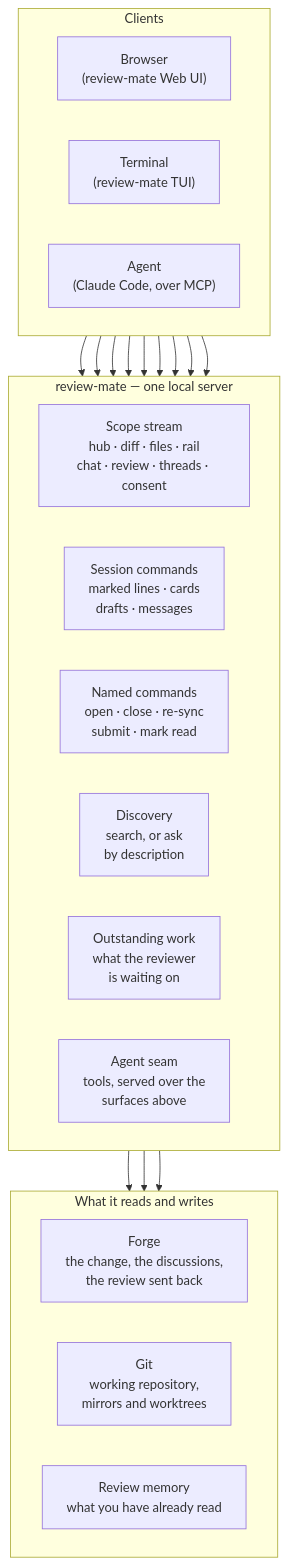
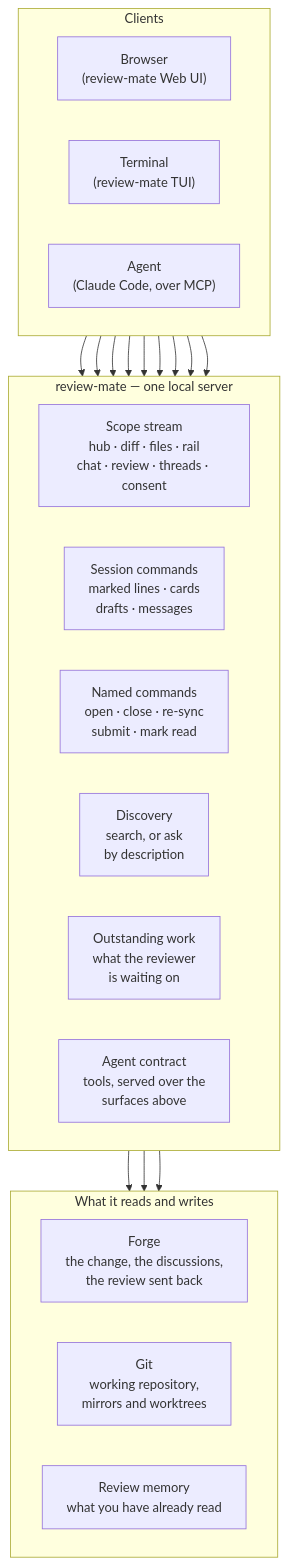
One commit to Joacchim/review-mate-prototype changed the first of 3 diagrams in docs/architecture.md. Above: the diagram before and after it, drawn with Mermaid. The commit also changed other lines of this file and 52 other files, not shown here.

First line of the commit message:
refactor(architecture): call the boundaries contracts

````diff
--- a/docs/architecture.md
+++ b/docs/architecture.md
@@ -12,40 +12,40 @@
 ```mermaid
 flowchart TB
     subgraph clients["Clients"]
         direction LR
         W["Browser<br/>(review-mate Web UI)"]
         T["Terminal<br/>(review-mate TUI)"]
         A["Agent<br/>(Claude Code, over MCP)"]
     end
 
     subgraph server["review-mate — one local server"]
         direction LR
         SCOPE["Scope stream<br/>hub · diff · files · rail<br/>chat · review · threads · consent"]
         SESS["Session commands<br/>marked lines · cards<br/>drafts · messages"]
         NAMED["Named commands<br/>open · close · re-sync<br/>submit · mark read"]
         FIND["Discovery<br/>search, or ask<br/>by description"]
         ASKS["Outstanding work<br/>what the reviewer<br/>is waiting on"]
-        SEAM["Agent seam<br/>tools, served over the<br/>surfaces above"]
+        AGENT["Agent contract<br/>tools, served over the<br/>surfaces above"]
     end
 
     subgraph out["What it reads and writes"]
         direction LR
         G["Forge<br/>the change, the discussions,<br/>the review sent back"]
         R["Git<br/>working repository,<br/>mirrors and worktrees"]
         M["Review memory<br/>what you have already read"]
     end
 
     W --> SCOPE
     T --> SCOPE
     W --> SESS
     T --> SESS
     W --> NAMED
     T --> NAMED
     W --> FIND
     A --> ASKS
-    A --> SEAM
+    A --> AGENT
 
     server --> G
     server --> R
     server --> M
 ```
````
